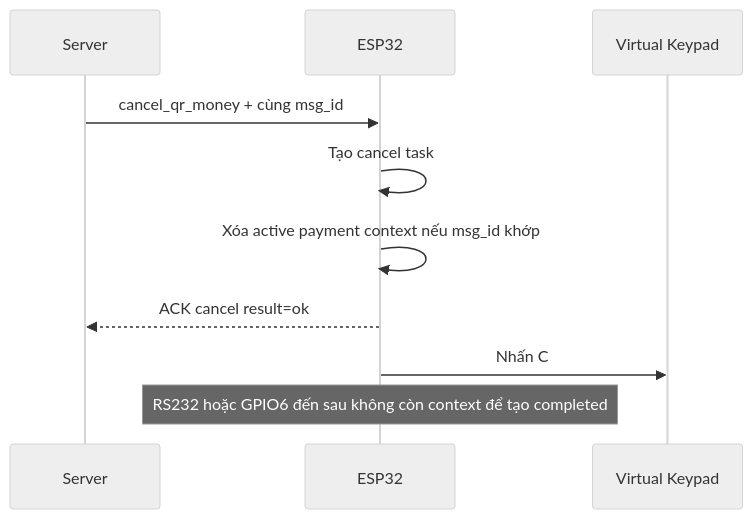
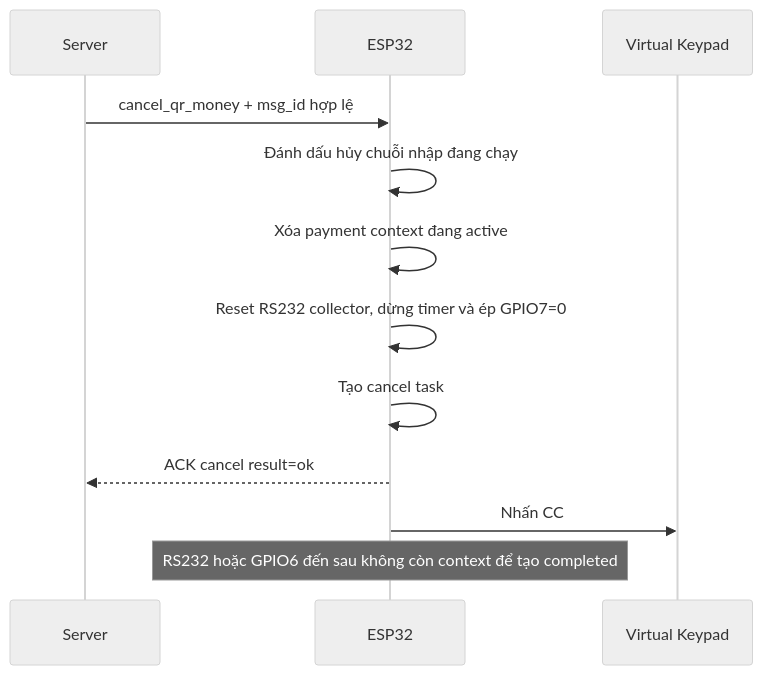
Before and after one commit to kenhkythuat/automatic_fuel_pump: the sixth of 6 diagrams in docs/iot/payment-transaction-event/flow.md, drawn with Mermaid (neutral theme). The commit also changed 9 other files, not shown here.

````diff
--- a/docs/iot/payment-transaction-event/flow.md
+++ b/docs/iot/payment-transaction-event/flow.md
@@ -141,13 +141,15 @@
 ```mermaid
 sequenceDiagram
     participant S as Server
     participant E as ESP32
     participant K as Virtual Keypad
 
-    S->>E: cancel_qr_money + cùng msg_id
+    S->>E: cancel_qr_money + msg_id hợp lệ
+    E->>E: Đánh dấu hủy chuỗi nhập đang chạy
+    E->>E: Xóa payment context đang active
+    E->>E: Reset RS232 collector, dừng timer và ép GPIO7=0
     E->>E: Tạo cancel task
-    E->>E: Xóa active payment context nếu msg_id khớp
     E-->>S: ACK cancel result=ok
-    E->>K: Nhấn C
+    E->>K: Nhấn CC
     Note over E: RS232 hoặc GPIO6 đến sau không còn context để tạo completed
 ```
````
